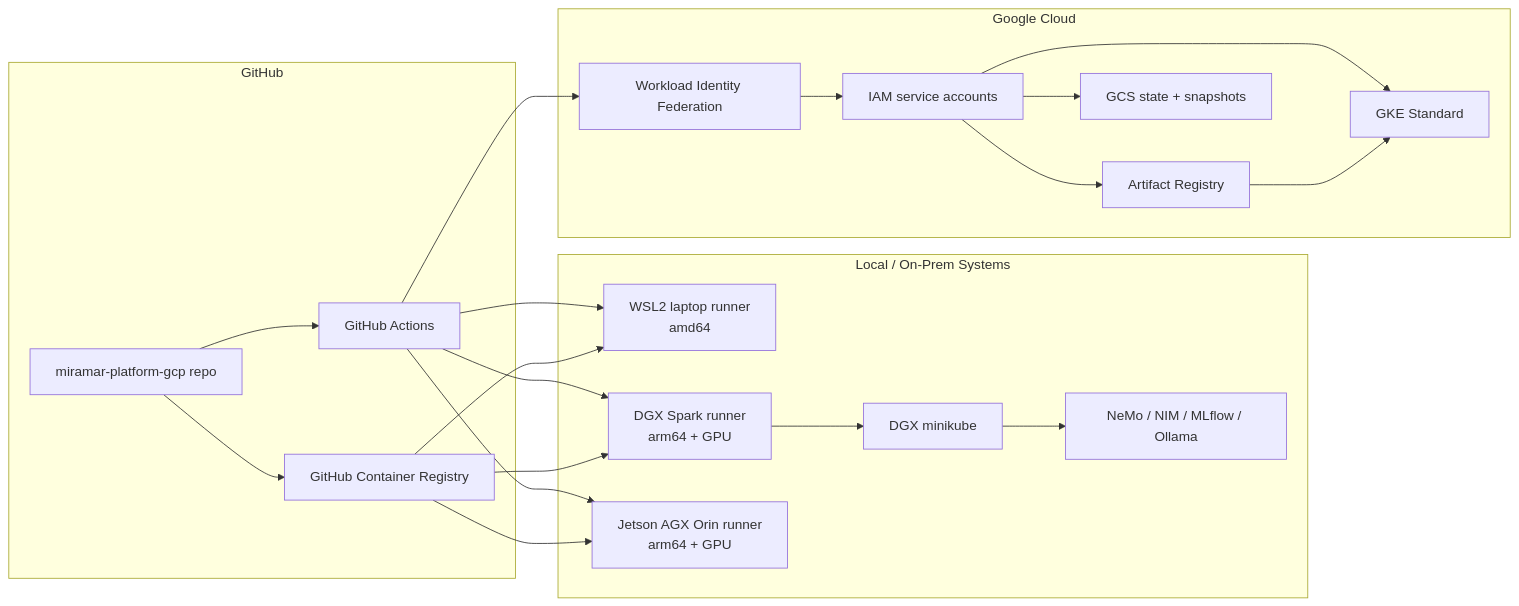
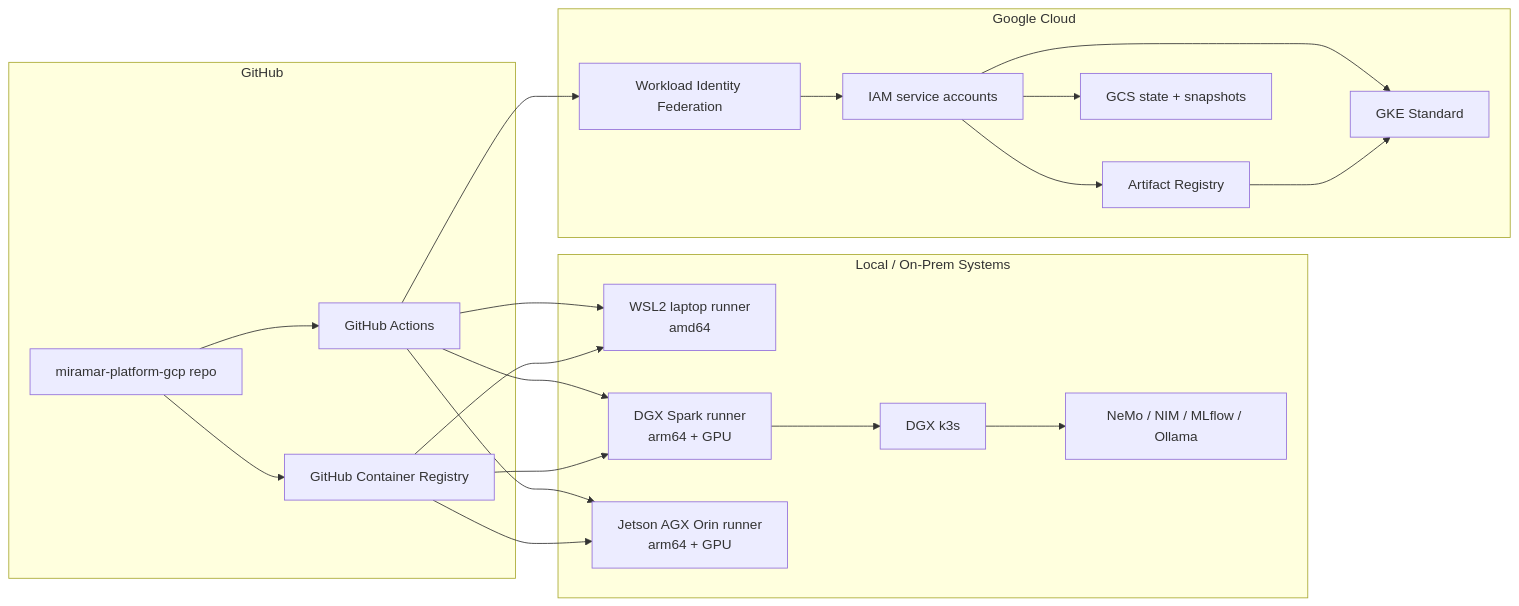
Before and after one commit to miramar-labs-org/miramar-platform-gcp: the first of 6 diagrams in docs/diagrams.md, drawn with Mermaid. The commit also changed other lines of this file and 17 other files, not shown here.

````diff
--- a/docs/diagrams.md
+++ b/docs/diagrams.md
@@ -7,43 +7,43 @@
 ```mermaid
 flowchart LR
     subgraph GitHub["GitHub"]
         Repo["miramar-platform-gcp repo"]
         Actions["GitHub Actions"]
         GHCR["GitHub Container Registry"]
     end
 
     subgraph Local["Local / On-Prem Systems"]
         WSL2["WSL2 laptop runner\namd64"]
         DGX["DGX Spark runner\narm64 + GPU"]
         AGX["Jetson AGX Orin runner\narm64 + GPU"]
-        MK["DGX minikube"]
+        MK["DGX k3s"]
         LocalAI["NeMo / NIM / MLflow / Ollama"]
     end
 
     subgraph GCP["Google Cloud"]
         WIF["Workload Identity Federation"]
         GKE["GKE Standard"]
         GAR["Artifact Registry"]
         GCS["GCS state + snapshots"]
         IAM["IAM service accounts"]
     end
 
     Repo --> Actions
     Actions --> WSL2
     Actions --> DGX
     Actions --> AGX
     Repo --> GHCR
     GHCR --> WSL2
     GHCR --> DGX
     GHCR --> AGX
 
     Actions --> WIF
     WIF --> IAM
     IAM --> GKE
     IAM --> GAR
     IAM --> GCS
 
     DGX --> MK
     MK --> LocalAI
     GAR --> GKE
 ```
````
